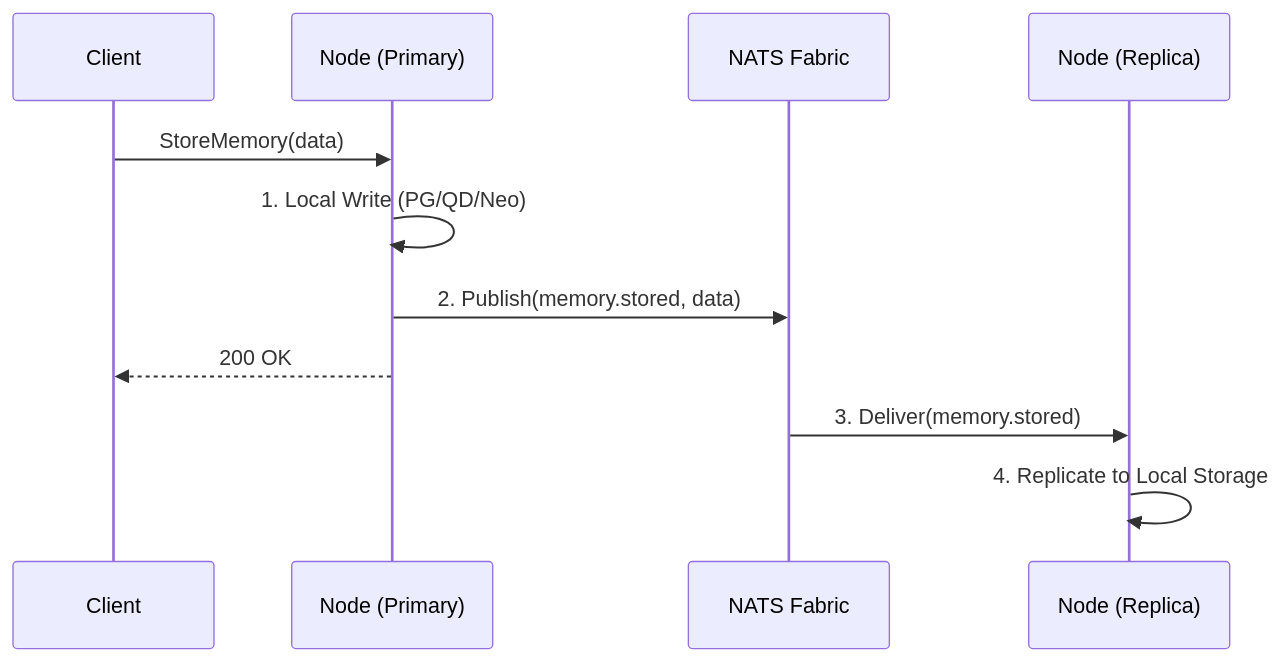
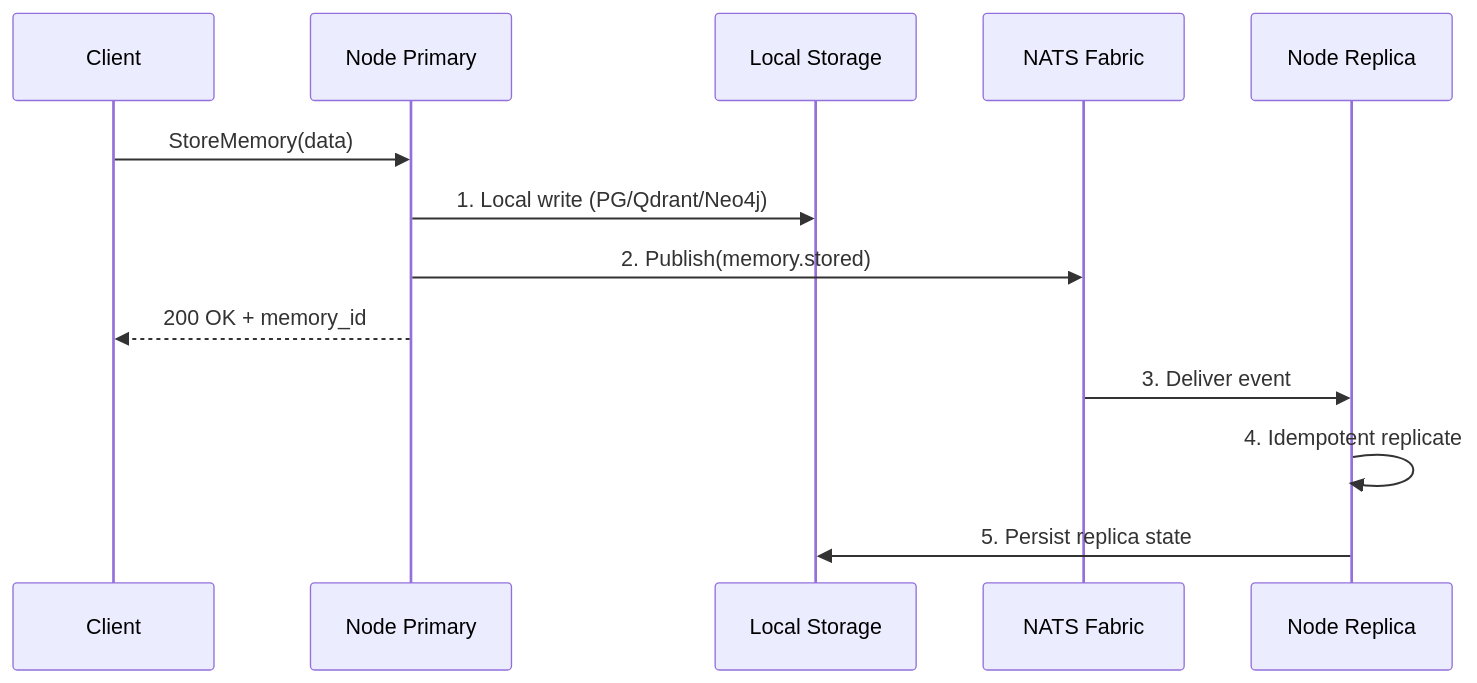
The sixth of 12 diagrams in README.md (Mohi1038/distributed-memOS), drawn with Mermaid before and after one commit. The commit also changed other lines of this file, not shown here.

Commit message:
Rewrite README for adaptive memory positioning

````diff
--- a/README.md
+++ b/README.md
@@ -81,15 +339,16 @@
 ```mermaid
 sequenceDiagram
     participant Client
-    participant Leader as Node (Primary)
+    participant Node as Node Primary
+    participant Store as Local Storage
     participant Bus as NATS Fabric
-    participant Peer as Node (Replica)
-    
-    Client->>Leader: StoreMemory(data)
-    Leader->>Leader: 1. Local Write (PG/QD/Neo)
-    Leader->>Bus: 2. Publish(memory.stored, data)
-    Leader-->>Client: 200 OK
-    
-    Bus->>Peer: 3. Deliver(memory.stored)
-    Peer->>Peer: 4. Replicate to Local Storage
+    participant Peer as Node Replica
+
+    Client->>Node: StoreMemory(data)
+    Node->>Store: 1. Local write (PG/Qdrant/Neo4j)
+    Node->>Bus: 2. Publish(memory.stored)
+    Node-->>Client: 200 OK + memory_id
+    Bus->>Peer: 3. Deliver event
+    Peer->>Peer: 4. Idempotent replicate
+    Peer->>Store: 5. Persist replica state
 ```
````
